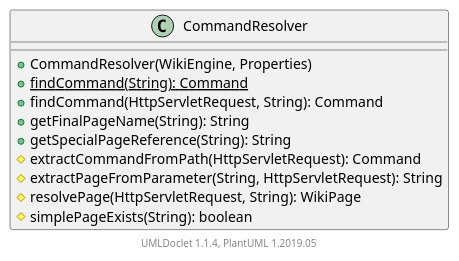
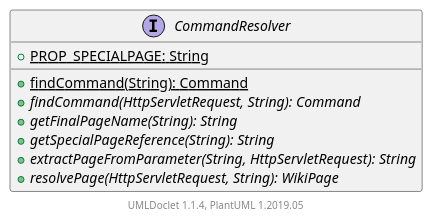
One commit to apache/jspwiki-site changed the diagram in apidocs/2.11.0.M7-SNAPSHOT/org/apache/wiki/ui/CommandResolver.puml. Above: the diagram before and after it, drawn with PlantUML. The commit also changed 1701 other files, not shown here.

```diff
--- a/apidocs/2.11.0.M7-SNAPSHOT/org/apache/wiki/ui/CommandResolver.puml
+++ b/apidocs/2.11.0.M7-SNAPSHOT/org/apache/wiki/ui/CommandResolver.puml
@@ -1,17 +1,15 @@
 @startuml
 
-    class CommandResolver [[CommandResolver.html]] {
-        +CommandResolver(WikiEngine, Properties)
+    interface CommandResolver [[CommandResolver.html]] {
+        {static} +PROP_SPECIALPAGE: String
         {static} +findCommand(String): Command
-        +findCommand(HttpServletRequest, String): Command
-        +getFinalPageName(String): String
-        +getSpecialPageReference(String): String
-        #extractCommandFromPath(HttpServletRequest): Command
-        #extractPageFromParameter(String, HttpServletRequest): String
-        #resolvePage(HttpServletRequest, String): WikiPage
-        #simplePageExists(String): boolean
+        {abstract} +findCommand(HttpServletRequest, String): Command
+        {abstract} +getFinalPageName(String): String
+        {abstract} +getSpecialPageReference(String): String
+        {abstract} +extractPageFromParameter(String, HttpServletRequest): String
+        {abstract} +resolvePage(HttpServletRequest, String): WikiPage
     }
 
 
     center footer UMLDoclet 1.1.4, PlantUML 1.2019.05
 @enduml
```
